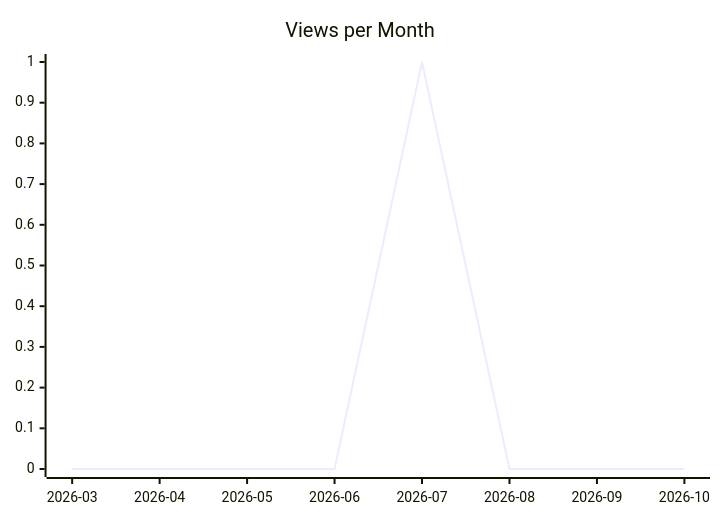
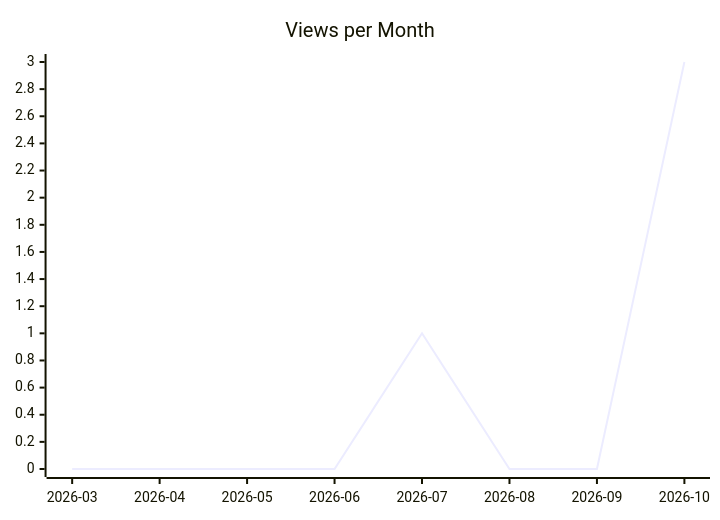
One commit to justdavis-family/github-analytics-data changed the second of 3 diagrams in karlmdavis/hello-rust-actix/README.md. Above: the diagram before and after it, drawn with Mermaid. The commit also changed other lines of this file and 202 other files, not shown here.

````diff
--- a/karlmdavis/hello-rust-actix/README.md
+++ b/karlmdavis/hello-rust-actix/README.md
@@ -12,6 +12,6 @@
 ```mermaid
 xychart-beta
   title "Views per Month"
   x-axis ["2026-03", "2026-04", "2026-05", "2026-06", "2026-07", "2026-08", "2026-09", "2026-10"]
-  line [0, 0, 0, 0, 1, 0, 0, 0]
+  line [0, 0, 0, 0, 1, 0, 0, 3]
 ```
````
